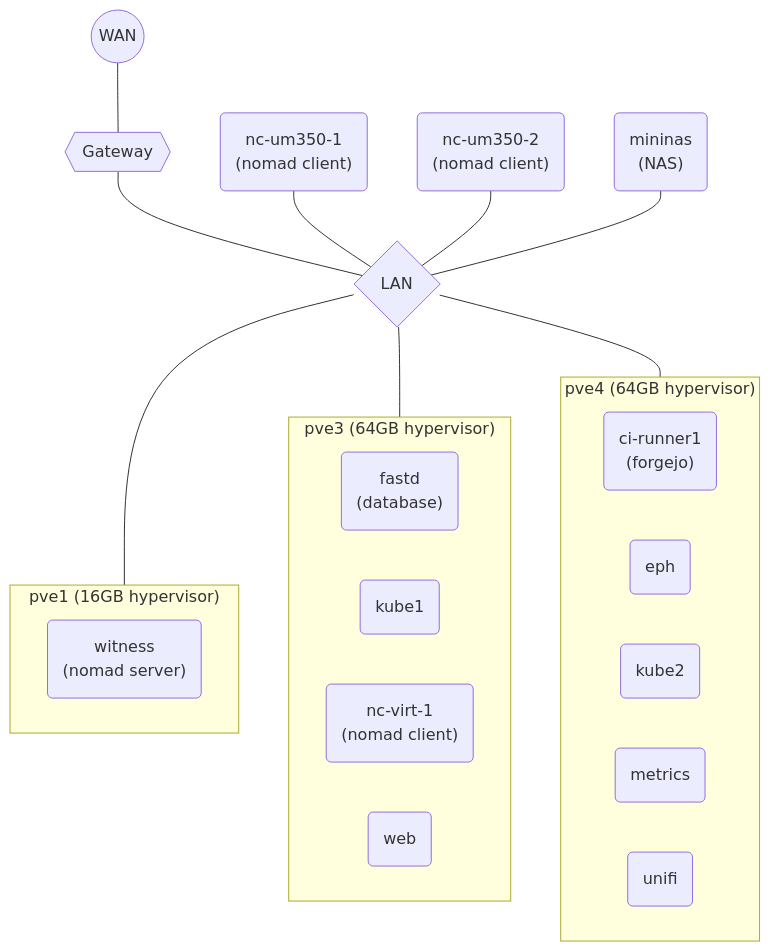
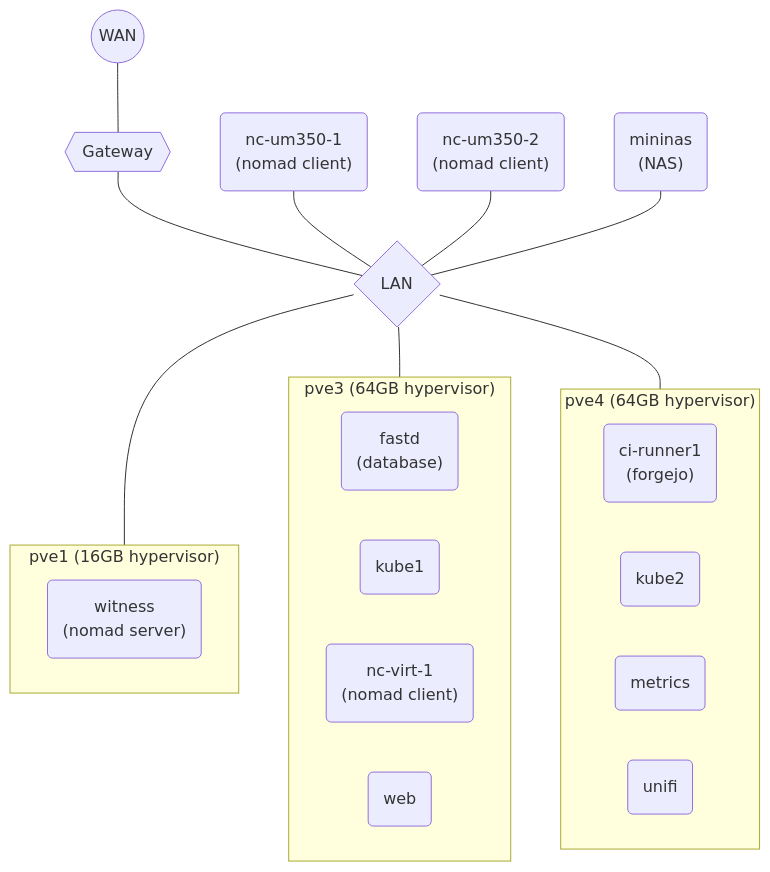
Before and after one commit to jhillyerd/homelab: the first of 2 diagrams in README.md, drawn with Mermaid. The commit also changed 7 other files, not shown here.

````diff
--- a/README.md
+++ b/README.md
@@ -12,30 +12,29 @@
 ```mermaid
 graph TD
     wan((WAN)) --- gw{{Gateway}}
     gw --- lan{LAN}
     nc1("nc-um350-1<br/>(nomad client)") --- lan
     nc2("nc-um350-2<br/>(nomad client)") --- lan
     nas("mininas<br/>(NAS)") --- lan
     lan --- pve1
     lan --- pve3
     lan --- pve4
     subgraph pve1 ["pve1 (16GB hypervisor)"]
         direction RL
         witness("witness<br/>(nomad server)")
     end
     subgraph pve3 ["pve3 (64GB hypervisor)"]
         direction RL
         fastd("fastd<br/>(database)")
         kube1("kube1")
         nc-virt-1("nc-virt-1<br/>(nomad client)")
         web("web")
     end
     subgraph pve4 ["pve4 (64GB hypervisor)"]
         direction RL
         ci-runner1("ci-runner1<br/>(forgejo)")
-        eph("eph")
         kube2("kube2")
         metrics("metrics")
         unifi("unifi")
     end
 ```
````
